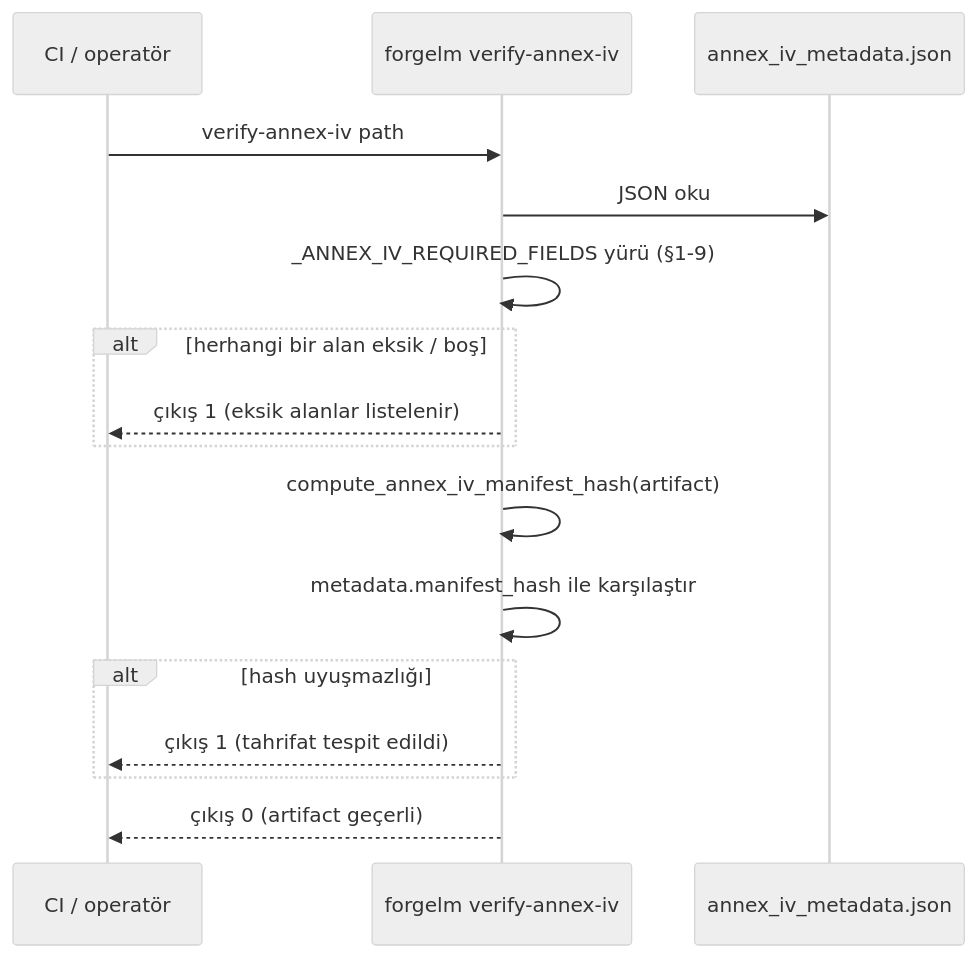
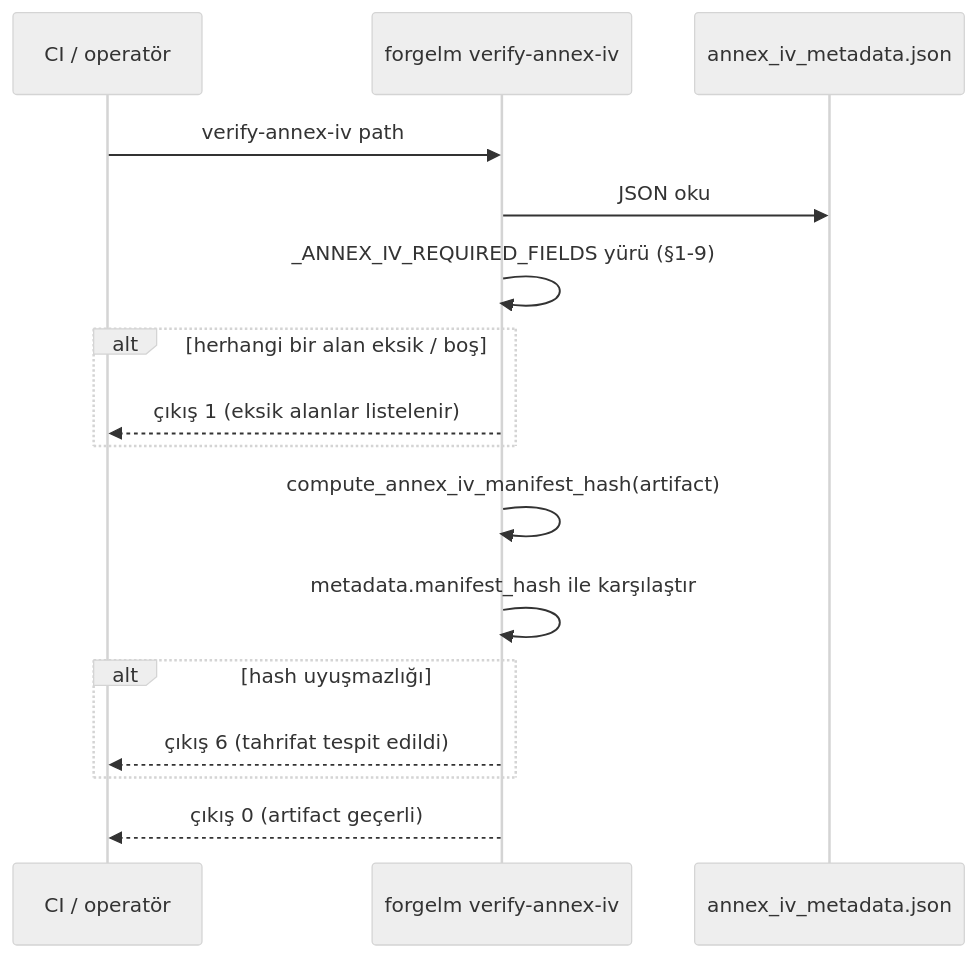
Before and after one commit to HodeTech/ForgeLM: the diagram in docs/usermanuals/tr/compliance/annex-iv.md, drawn with Mermaid (neutral theme). The commit also changed other lines of this file and 32 other files, not shown here.

````diff
--- a/docs/usermanuals/tr/compliance/annex-iv.md
+++ b/docs/usermanuals/tr/compliance/annex-iv.md
@@ -19,19 +19,19 @@
 ```mermaid
 sequenceDiagram
     participant CI as CI / operatör
     participant Verify as forgelm verify-annex-iv
     participant File as annex_iv_metadata.json
 
     CI->>Verify: verify-annex-iv path
     Verify->>File: JSON oku
     Verify->>Verify: _ANNEX_IV_REQUIRED_FIELDS yürü (§1-9)
     alt herhangi bir alan eksik / boş
         Verify-->>CI: çıkış 1 (eksik alanlar listelenir)
     end
     Verify->>Verify: compute_annex_iv_manifest_hash(artifact)
     Verify->>Verify: metadata.manifest_hash ile karşılaştır
     alt hash uyuşmazlığı
-        Verify-->>CI: çıkış 1 (tahrifat tespit edildi)
+        Verify-->>CI: çıkış 6 (tahrifat tespit edildi)
     end
     Verify-->>CI: çıkış 0 (artifact geçerli)
 ```
````
